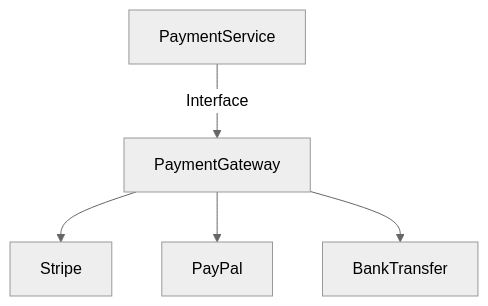
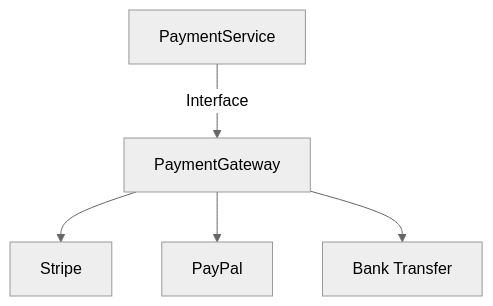
Diagram 34 of 50 in diagrams/50-comprehensive-diagrams.md (subhashladumor1/laravel-mastery-roadmap), drawn with Mermaid (neutral theme) before and after one commit. The commit also changed other lines of this file and 6 other files, not shown here.

First line of the commit message:
diagram rich issue

````diff
--- a/diagrams/50-comprehensive-diagrams.md
+++ b/diagrams/50-comprehensive-diagrams.md
@@ -355,7 +355,7 @@
 ```mermaid
 graph TD
     Context[PaymentService] -->|Interface| Strategy[PaymentGateway]
-    Strategy --> Stripe
-    Strategy --> PayPal
-    Strategy --> BankTransfer
+    Strategy --> Stripe[Stripe]
+    Strategy --> PayPal[PayPal]
+    Strategy --> Bank[Bank Transfer]
 ```
````
